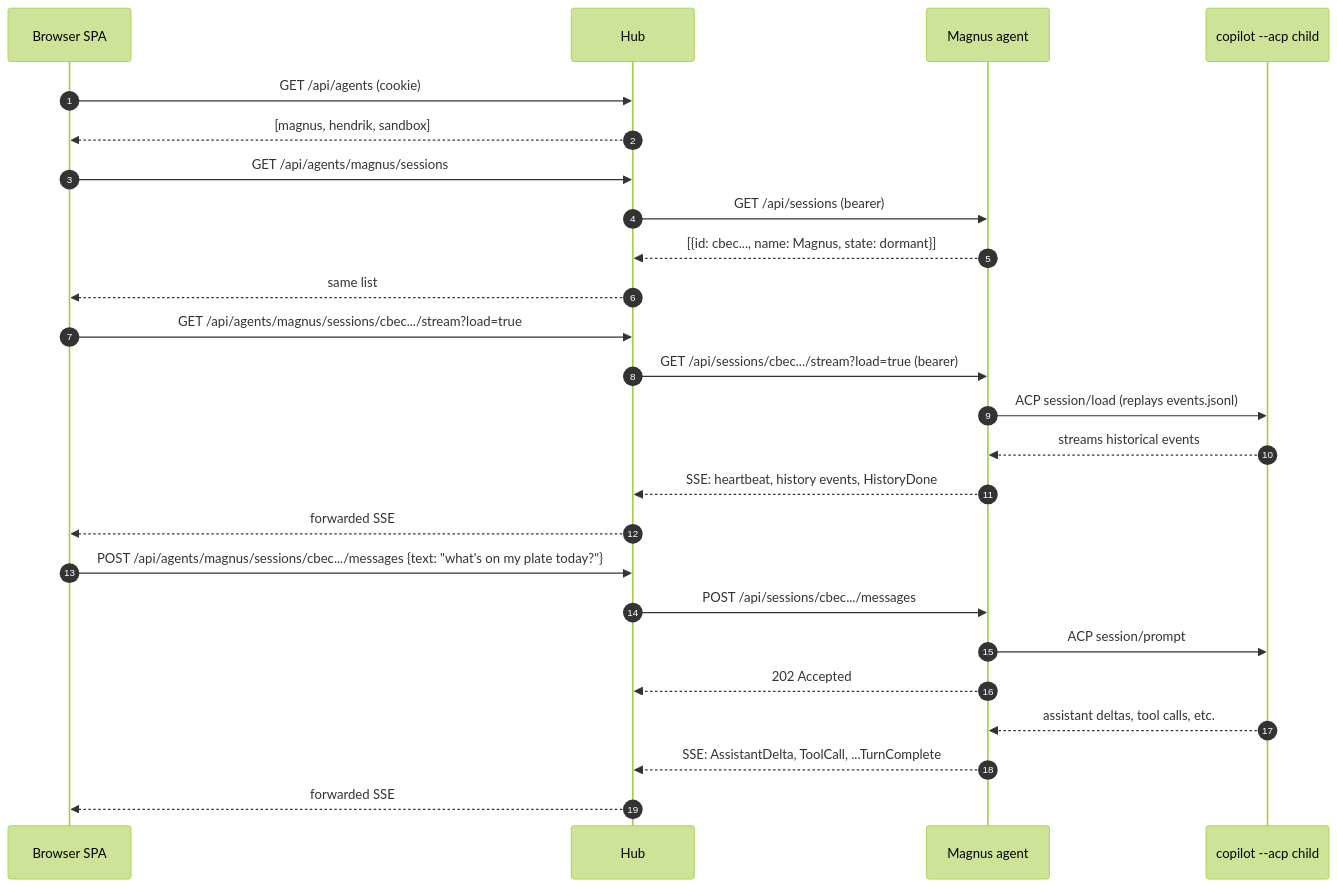
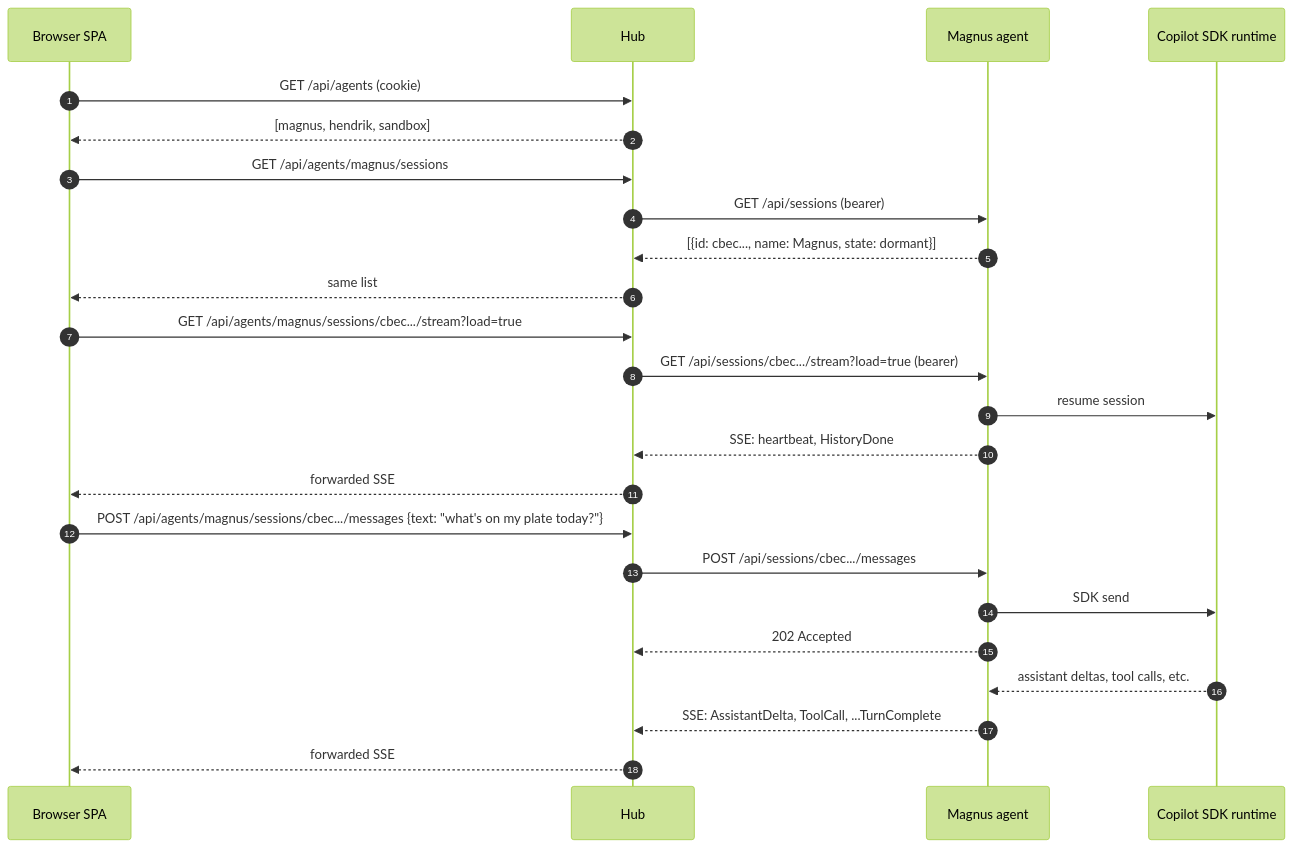
One commit to chsienki/magpilot changed the first of 3 diagrams in docs/architecture.md. Above: the diagram before and after it, drawn with Mermaid (forest theme). The commit also changed other lines of this file and 60 other files, not shown here.

First line of the commit message:
Retire ACP and use the Copilot SDK exclusively

````diff
--- a/docs/architecture.md
+++ b/docs/architecture.md
@@ -670,30 +593,29 @@
 ```mermaid
 sequenceDiagram
     autonumber
     participant B as Browser SPA
     participant H as Hub
     participant A as Magnus agent
-    participant C as copilot --acp child
+    participant C as Copilot SDK runtime
 
     B->>H: GET /api/agents (cookie)
     H-->>B: [magnus, hendrik, sandbox]
     B->>H: GET /api/agents/magnus/sessions
     H->>A: GET /api/sessions (bearer)
     A-->>H: [{id: cbec..., name: Magnus, state: dormant}]
     H-->>B: same list
 
     B->>H: GET /api/agents/magnus/sessions/cbec.../stream?load=true
     H->>A: GET /api/sessions/cbec.../stream?load=true (bearer)
-    A->>C: ACP session/load (replays events.jsonl)
-    C-->>A: streams historical events
-    A-->>H: SSE: heartbeat, history events, HistoryDone
+    A->>C: resume session
+    A-->>H: SSE: heartbeat, HistoryDone
     H-->>B: forwarded SSE
 
     B->>H: POST /api/agents/magnus/sessions/cbec.../messages {text: "what's on my plate today?"}
     H->>A: POST /api/sessions/cbec.../messages
-    A->>C: ACP session/prompt
+    A->>C: SDK send
     A-->>H: 202 Accepted
     C-->>A: assistant deltas, tool calls, etc.
     A-->>H: SSE: AssistantDelta, ToolCall, ...TurnComplete
     H-->>B: forwarded SSE
 ```
````
